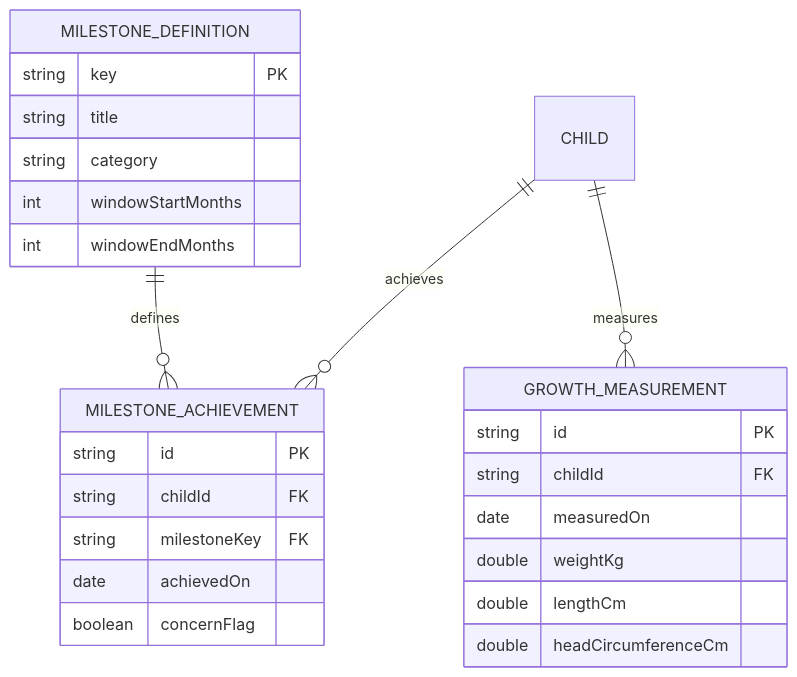
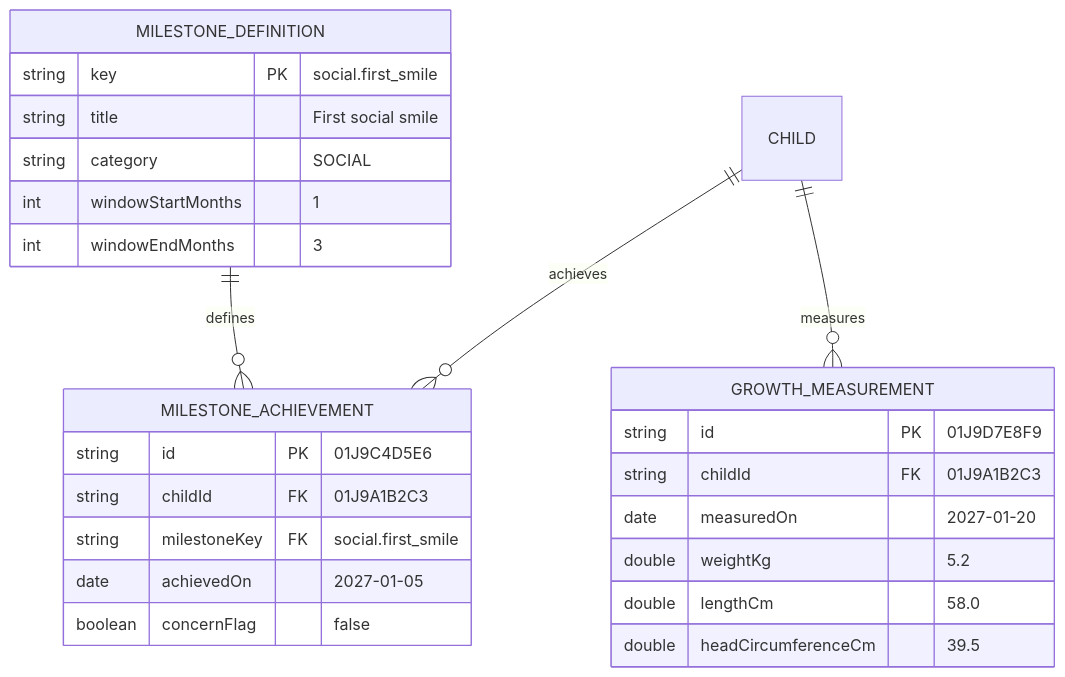
One commit to headache-sh2l/cocobean changed the seventh of 10 diagrams in docs/domain-model-entity-relation.md. Above: the diagram before and after it, drawn with Mermaid. The commit also changed other lines of this file, not shown here.

````diff
--- a/docs/domain-model-entity-relation.md
+++ b/docs/domain-model-entity-relation.md
@@ -288,29 +289,29 @@
 ```mermaid
 erDiagram
     CHILD ||--o{ MILESTONE_ACHIEVEMENT : achieves
     CHILD ||--o{ GROWTH_MEASUREMENT : measures
     MILESTONE_DEFINITION ||--o{ MILESTONE_ACHIEVEMENT : defines
 
     MILESTONE_DEFINITION {
-        string key PK
-        string title
-        string category
-        int windowStartMonths
-        int windowEndMonths
+        string key PK "social.first_smile"
+        string title "First social smile"
+        string category "SOCIAL"
+        int windowStartMonths "1"
+        int windowEndMonths "3"
     }
     MILESTONE_ACHIEVEMENT {
-        string id PK
-        string childId FK
-        string milestoneKey FK
-        date achievedOn
-        boolean concernFlag
+        string id PK "01J9C4D5E6"
+        string childId FK "01J9A1B2C3"
+        string milestoneKey FK "social.first_smile"
+        date achievedOn "2027-01-05"
+        boolean concernFlag "false"
     }
     GROWTH_MEASUREMENT {
-        string id PK
-        string childId FK
-        date measuredOn
-        double weightKg
-        double lengthCm
-        double headCircumferenceCm
+        string id PK "01J9D7E8F9"
+        string childId FK "01J9A1B2C3"
+        date measuredOn "2027-01-20"
+        double weightKg "5.2"
+        double lengthCm "58.0"
+        double headCircumferenceCm "39.5"
     }
 ```
````
